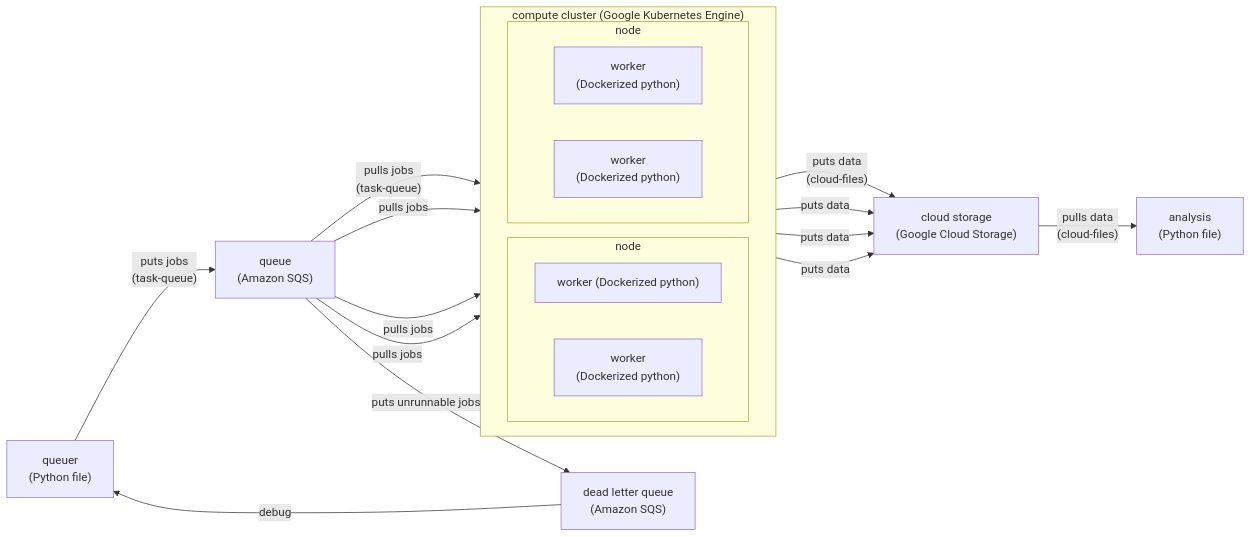
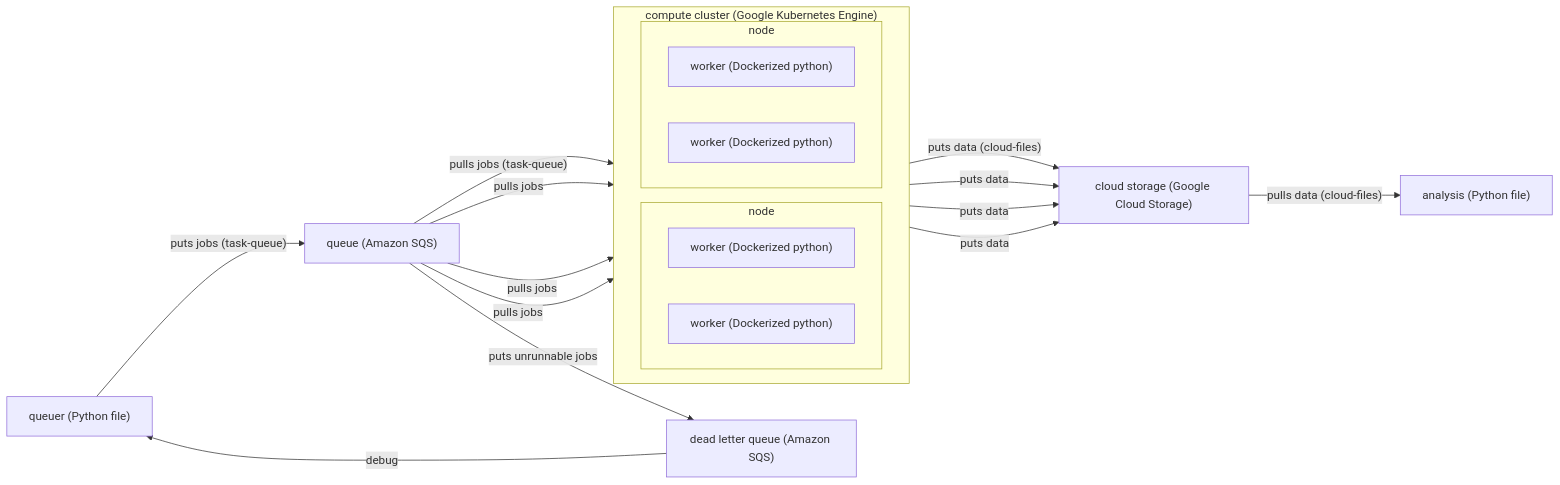
Before and after one commit to bdpedigo/cloud-workflow-docs: the diagram in README.md, drawn with Mermaid. The commit also changed other lines of this file, not shown here.

````diff
--- a/README.md
+++ b/README.md
@@ -14,45 +15,45 @@
 ```mermaid
 flowchart LR
-    queuer["queuer\n(Python file)"]
+    queuer["queuer (Python file)"]
 
-    queue["queue\n(Amazon SQS)"]
+    queue["queue (Amazon SQS)"]
     click queue "https://aws.amazon.com/sqs/" "Amazon SQS"
 
-    deadletter["dead letter queue\n(Amazon SQS)"]
+    deadletter["dead letter queue (Amazon SQS)"]
     click deadletter "https://en.wikipedia.org/wiki/Dead_letter_queue" "Dead letter queue"
 
     worker1["worker (Dockerized python)"]
-    worker2["worker\n(Dockerized python)"]
-    worker3["worker\n(Dockerized python)"]
-    worker4["worker\n(Dockerized python)"]
+    worker2["worker (Dockerized python)"]
+    worker3["worker (Dockerized python)"]
+    worker4["worker (Dockerized python)"]
 
-    storage["cloud storage\n(Google Cloud Storage)"]
+    storage["cloud storage (Google Cloud Storage)"]
     click storage "https://cloud.google.com/storage" "Google Cloud Storage"
 
-    analysis["analysis\n(Python file)"]
+    analysis["analysis (Python file)"]
 
     subgraph compute ["compute cluster (Google Kubernetes Engine)"]
         direction LR
         subgraph node1[node]
             worker1
             worker2
         end
         subgraph node2[node]
             worker3
             worker4
         end
     end
 
-    queuer -- "puts jobs\n(task-queue)" --> queue
+    queuer -- "puts jobs (task-queue)" --> queue
     queue -- "puts unrunnable jobs" --> deadletter
     deadletter -- "debug" --> queuer
-    queue -- "pulls jobs\n(task-queue)" --> worker1
+    queue -- "pulls jobs (task-queue)" --> worker1
     queue -- "pulls jobs" --> worker2
     queue -- "pulls jobs" --> worker3
     queue -- "pulls jobs" --> worker4
-    worker1 -- "puts data\n(cloud-files)" --> storage
+    worker1 -- "puts data (cloud-files)" --> storage
     worker2 -- "puts data" --> storage
     worker3 -- "puts data" --> storage
     worker4 -- "puts data" --> storage
-    storage -- "pulls data\n(cloud-files)" --> analysis
+    storage -- "pulls data (cloud-files)" --> analysis
 ```
````
